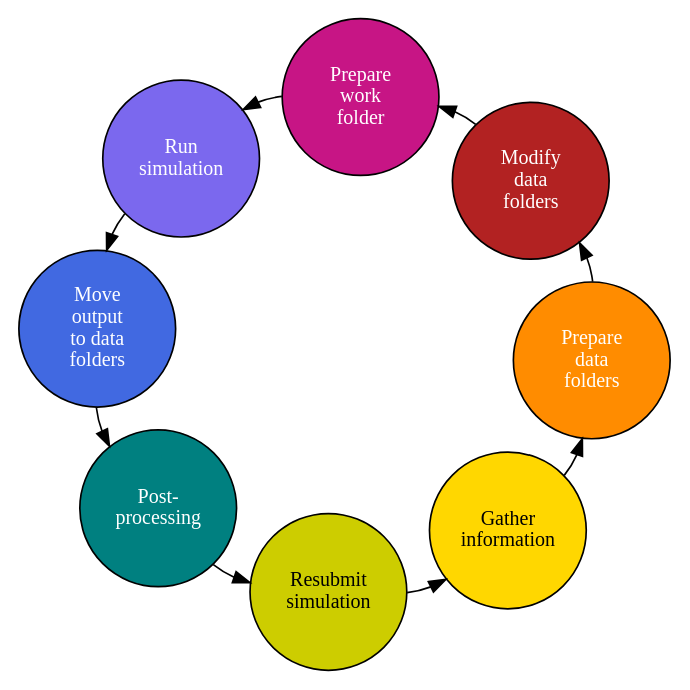
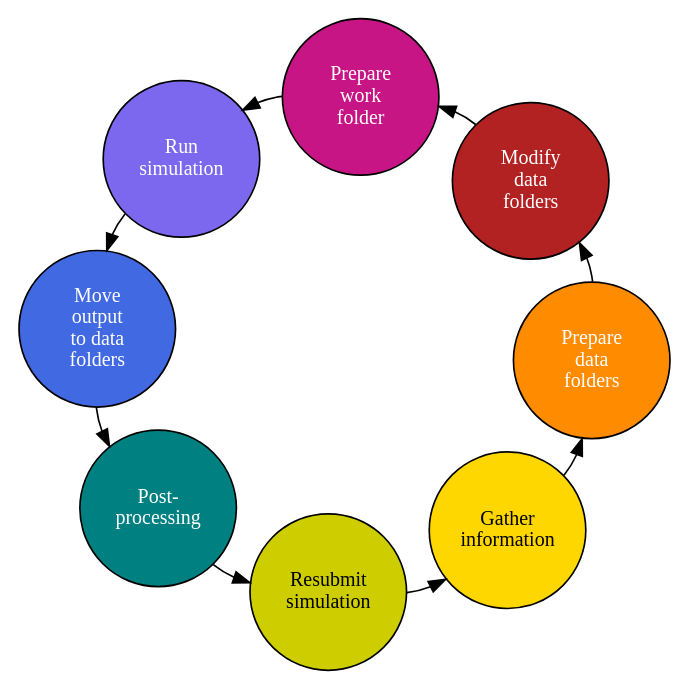
One commit to esm-tools/esm_tools changed the diagram in docs/esm_runscripts.rst. Above: the diagram before and after it, drawn with Graphviz.

Commit message:
Typo in job phases graph

```diff
--- a/docs/esm_runscripts.rst
+++ b/docs/esm_runscripts.rst
@@ -67,35 +67,34 @@
 .. graphviz::
-    :name: job_phayses
+    :name: job_phases
     :caption: ESM-Tools job phases
     :alt: ESM-Tools job phases
     :align: center
 
      digraph "job_phases" {
          size="18,8";
          layout=neato 
-         epsilon=.0000001;
          graph [fontname="Verdana bold", fontsize="10"];
          node [fontname="Arial bold", fontsize="12", shape="box", fontcolor="white"];
          edge [fontname="Sans", fontsize="12"];
          splines="curved"
          rankdir="BT";
          overlap=scale;
 
          gather [label="Gather\n information", shape="circle", fillcolor="gold", fontcolor="black", style=filled, width=1.3];
          prepare1 [label="Prepare\n data\n folders", shape="circle", fillcolor="darkorange", style=filled, width=1.3];
          modify [label="Modify\n data\n folders", shape="circle", fillcolor="firebrick", style=filled, width=1.3];
          prepare2 [label="Prepare\n work\n folder", shape="circle", fillcolor="mediumvioletred", style=filled, width=1.3];
          run [label="Run\n simulation", shape="circle", fillcolor="mediumslateblue", style=filled, width=1.3];
          tidy [label="Move\n output\n to data\n folders", shape="circle", fillcolor="royalblue", style=filled, width=1.3];
          post [label="Post-\nprocessing", shape="circle", fillcolor="teal", style=filled, width=1.3];
          resubmit [label="Resubmit\n simulation", shape="circle", fillcolor="yellow3", fontcolor="black", style=filled, width=1.3];
 
          gather -> prepare1 [label="", len=1., headport=c];
          prepare1 -> modify [label="", len=1., headport=c];
          modify -> prepare2 [label="", len=1.];
          prepare2 -> run [label="", len=1.];
          run -> tidy [label="", len=1.];
          tidy -> post [label="", len=1.];
          post -> resubmit [label="", len=1.];
          resubmit -> gather [label="", len=1.];
      }
```
